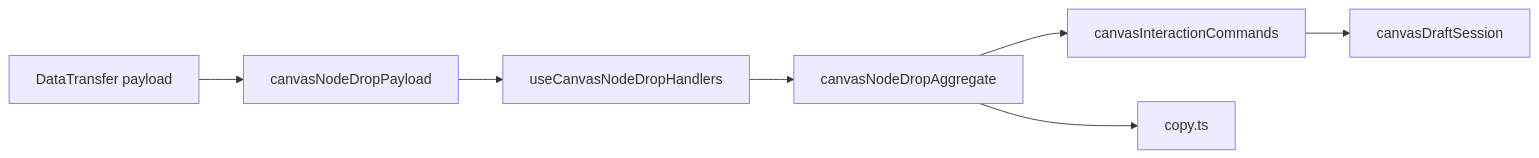
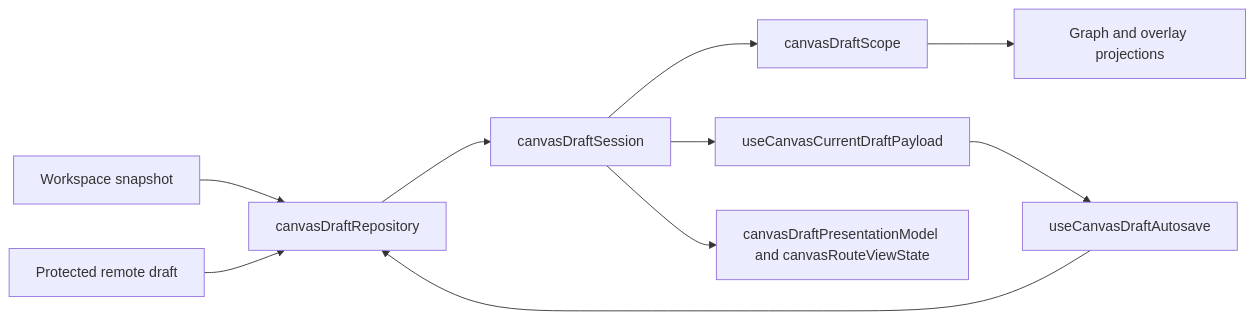
Before and after one commit to dunay2/dvt: the second of 3 diagrams in docs/architecture/components/web/graph/canvas-controller-current-to-target-architecture.md, drawn with Mermaid. The commit also changed other lines of this file and 4 other files, not shown here.

Commit message:
docs(docs): Compact graph architecture pack and fix doc encoding

````diff
--- a/docs/architecture/components/web/graph/canvas-controller-current-to-target-architecture.md
+++ b/docs/architecture/components/web/graph/canvas-controller-current-to-target-architecture.md
@@ -572,9 +114,12 @@
 ```mermaid
 flowchart LR
-  DragEvent["DataTransfer payload"] --> Payload["canvasNodeDropPayload"]
-  Payload --> DropHandlers["useCanvasNodeDropHandlers"]
-  DropHandlers --> DropAggregate["canvasNodeDropAggregate"]
-  DropAggregate --> Commands["canvasInteractionCommands"]
-  Commands --> Session["canvasDraftSession"]
-  DropAggregate --> ToastCopy["copy.ts"]
+  Snapshot["Workspace snapshot"] --> Repository["canvasDraftRepository"]
+  RemoteDraft["Protected remote draft"] --> Repository
+  Repository --> Session["canvasDraftSession"]
+  Session --> Scope["canvasDraftScope"]
+  Scope --> GraphProjection["Graph and overlay projections"]
+  Session --> DraftPayload["useCanvasCurrentDraftPayload"]
+  DraftPayload --> Autosave["useCanvasDraftAutosave"]
+  Autosave --> Repository
+  Session --> Presentation["canvasDraftPresentationModel and canvasRouteViewState"]
 ```
````
